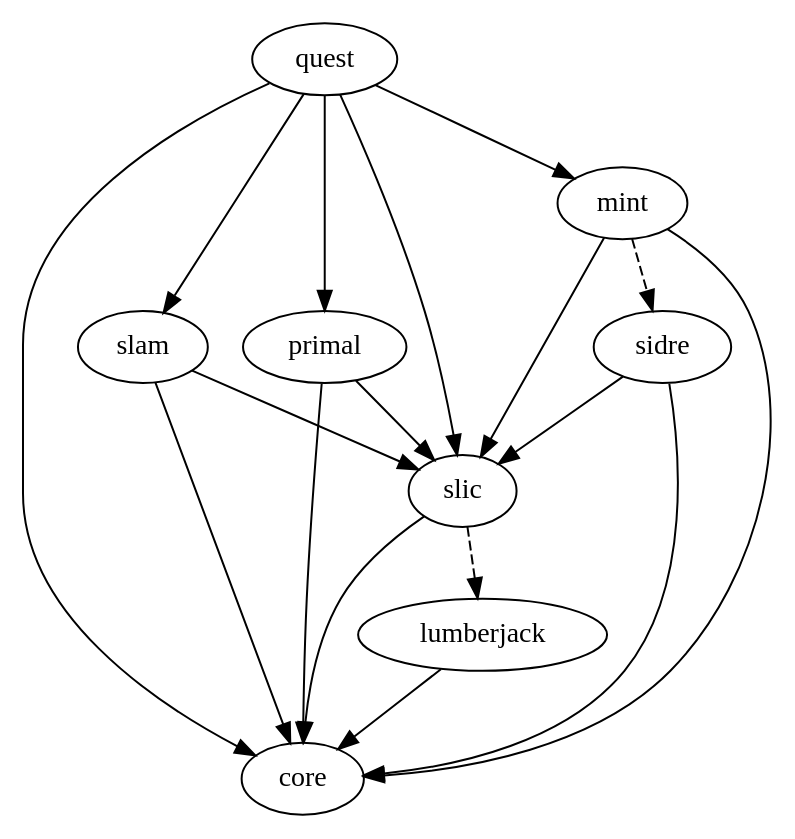
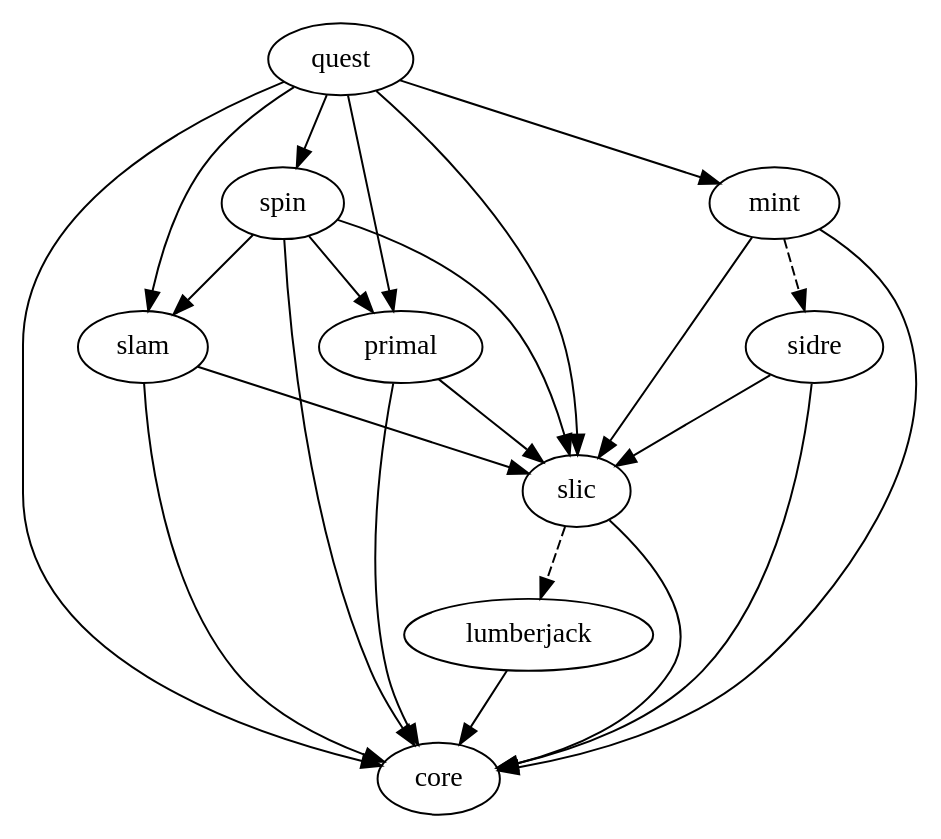
Before and after one commit to LLNL/axom: the diagram in src/docs/sphinx/web_main/dependencies.dot, drawn with Graphviz. The commit also changed 79 other files, not shown here.

```diff
--- a/src/docs/sphinx/web_main/dependencies.dot
+++ b/src/docs/sphinx/web_main/dependencies.dot
@@ -1,9 +1,10 @@
 digraph dependencies {
-  quest -> {slam primal mint};
-  {quest slam primal mint} -> {slic core};
+  quest -> {slam primal mint spin};
+  {quest slam primal mint spin} -> {slic core};
   mint -> sidre [style="dashed"];
+  spin -> {slam primal};
   sidre -> {slic core};
   slic -> core;
   slic -> lumberjack [style="dashed"];
   lumberjack -> core;
 }
```
